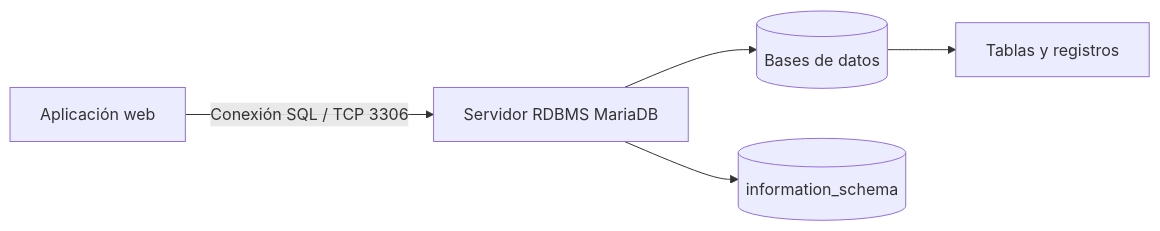
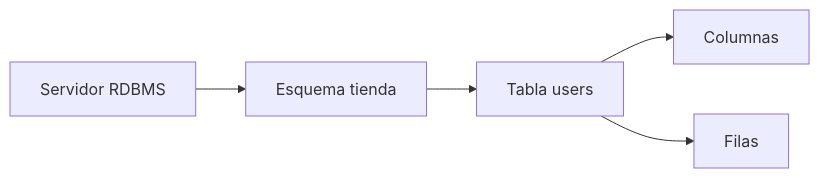
One commit to purpesec/Cybersecurity-For-Beginners changed the second of 6 diagrams in pentesting-web/02-sql-injection/01-fundamentos-sql/README.md. Above: the diagram before and after it, drawn with Mermaid. The commit also changed other lines of this file and 8 other files, not shown here.

````diff
--- a/pentesting-web/02-sql-injection/01-fundamentos-sql/README.md
+++ b/pentesting-web/02-sql-injection/01-fundamentos-sql/README.md
@@ -14,7 +41,7 @@
 ```mermaid
 flowchart LR
-    APP[Aplicación web] -->|Conexión SQL / TCP 3306| SVR[Servidor RDBMS MariaDB]
-    SVR --> DB[(Bases de datos)]
-    DB --> T[Tablas y registros]
-    SVR --> INF[(information_schema)]
+    A[Servidor RDBMS] --> B[Esquema tienda]
+    B --> C[Tabla users]
+    C --> D[Columnas]
+    C --> E[Filas]
 ```
````
